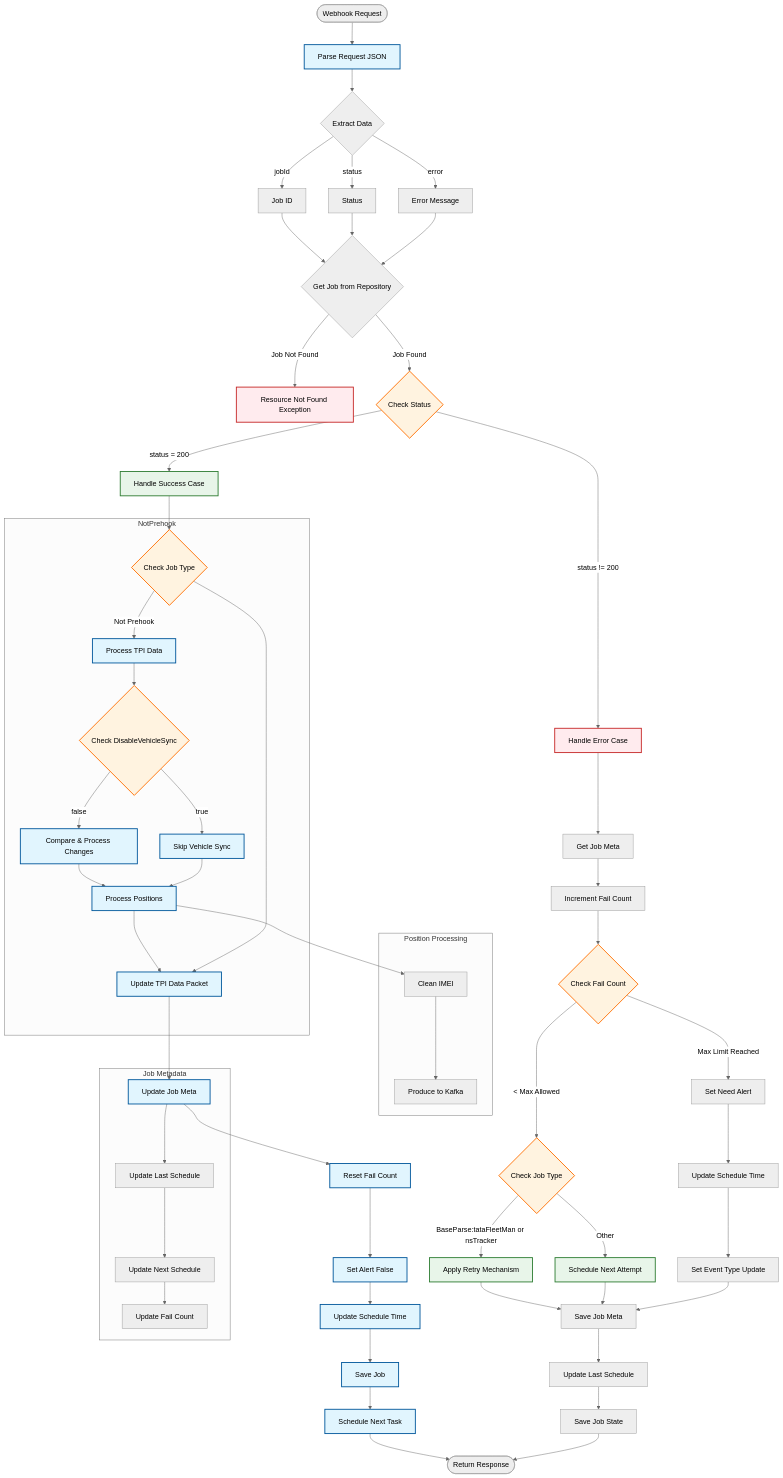
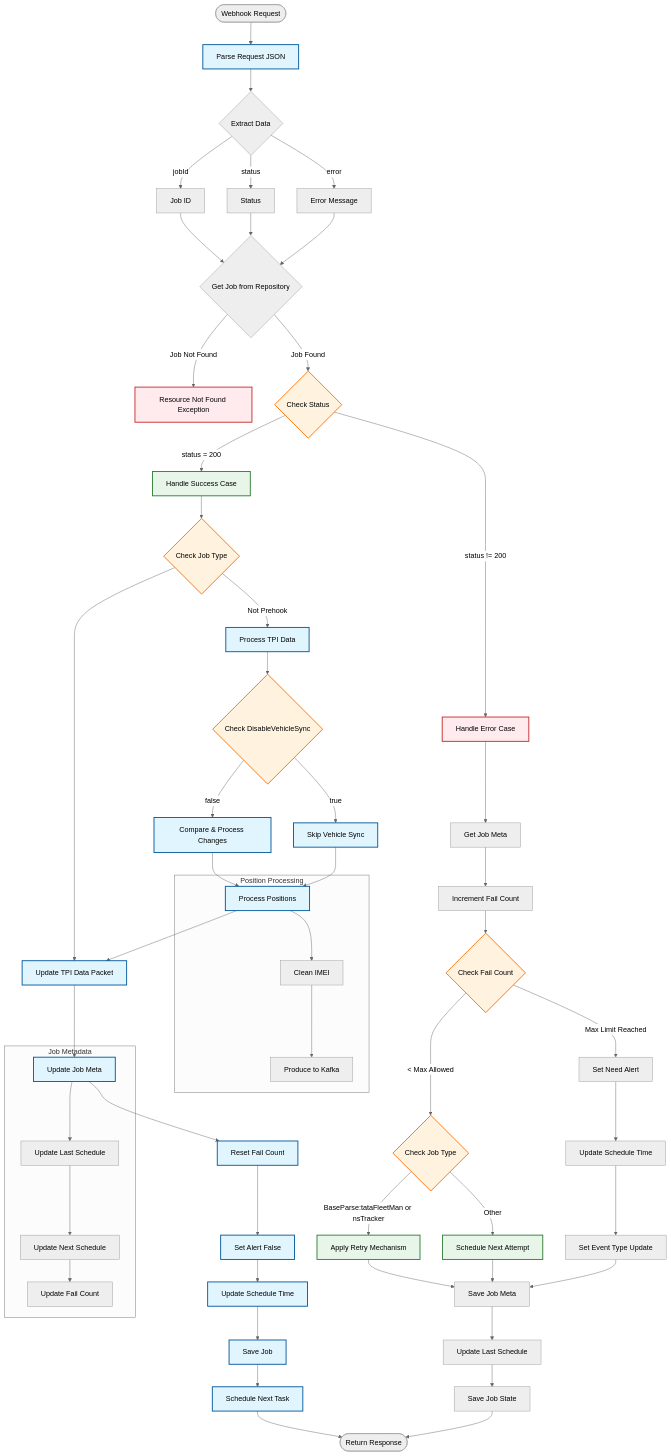
The diagram in TPI/WebhookAPI.mermaid (sahilFretron/myPush), drawn with Mermaid (neutral theme) before and after one commit.

```diff
--- a/TPI/WebhookAPI.mermaid
+++ b/TPI/WebhookAPI.mermaid
@@ -1,80 +1,76 @@
 flowchart TD
     Start([Webhook Request]) --> A[Parse Request JSON]
     A --> B{Extract Data}
     B --> |jobId| C[Job ID]
     B --> |status| D[Status]
     B --> |error| E[Error Message]
     
     C & D & E --> F{Get Job from Repository}
     F -->|Job Not Found| G[Resource Not Found Exception]
     
     F -->|Job Found| H{Check Status}
     
     %% Success Flow
     H -->|status = 200| I[Handle Success Case]
     I --> J{Check Job Type}
-    
-    %% Subgraph if Job Type is not Prehook
-    subgraph NotPrehook
     J -->|Not Prehook| K[Process TPI Data]
     K --> L{Check DisableVehicleSync}
     L -->|false| M[Compare & Process Changes]
     L -->|true| N[Skip Vehicle Sync]
     
     M & N --> O[Process Positions]
     O --> P[Update TPI Data Packet]
-    end
     
     %% Common Success Steps
     J --> P
     P --> Q[Update Job Meta]
     Q --> R[Reset Fail Count]
     R --> S[Set Alert False]
     S --> T[Update Schedule Time]
     T --> U[Save Job]
     U --> V[Schedule Next Task]
     
     %% Error Flow
     H -->|status != 200| W[Handle Error Case]
     W --> X[Get Job Meta]
     X --> Y[Increment Fail Count]
     
     Y --> Z{Check Fail Count}
     Z -->|< Max Allowed| AA{Check Job Type}
     AA -->|BaseParse:tataFleetMan or nsTracker| AB[Apply Retry Mechanism]
     AA -->|Other| AC[Schedule Next Attempt]
     
     Z -->|Max Limit Reached| AD[Set Need Alert]
     AD --> AE[Update Schedule Time]
     AE --> AF[Set Event Type Update]
     
     AB & AC & AF --> AG[Save Job Meta]
     AG --> AH[Update Last Schedule]
     AH --> AI[Save Job State]
     
     %% Final Steps
     V & AI --> End([Return Response])
     
     %% Subgraph for Position Processing
     subgraph Position Processing
         O --> O1[Clean IMEI]
         O1 --> O2[Produce to Kafka]
     end
     
     %% Subgraph for Job Meta Updates
     subgraph Job Metadata
         Q --> Q1[Update Last Schedule]
         Q1 --> Q2[Update Next Schedule]
         Q2 --> Q3[Update Fail Count]
     end
     
     %% Styling
     classDef process fill:#e1f5fe,stroke:#01579b,stroke-width:2px
     classDef decision fill:#fff3e0,stroke:#ff6f00,stroke-width:2px
     classDef error fill:#ffebee,stroke:#c62828,stroke-width:2px
     classDef success fill:#e8f5e9,stroke:#2e7d32,stroke-width:2px
     
     class A,K,M,N,O,P,Q,R,S,T,U,V process
     class H,J,L,Z,AA decision
     class G,W,ErrorLog error
     class I,AB,AC success
```
